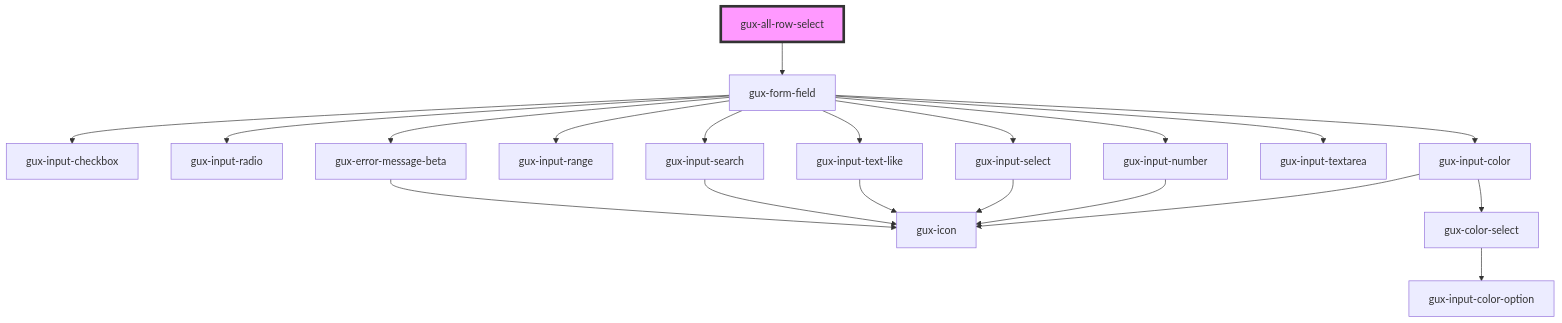
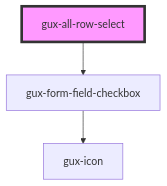
One commit to MyPureCloud/genesys-spark changed the diagram in src/components/beta/gux-table/gux-all-row-select/readme.md. Above: the diagram before and after it, drawn with Mermaid. The commit also changed other lines of this file and 382 other files, not shown here.

First line of the commit message:
feat(gux-form-field): moved gux-form-field to legacy

````diff
--- a/src/components/beta/gux-table/gux-all-row-select/readme.md
+++ b/src/components/beta/gux-table/gux-all-row-select/readme.md
@@ -42,23 +42,6 @@
 ```mermaid
 graph TD;
-  gux-all-row-select --> gux-form-field
-  gux-form-field --> gux-input-checkbox
-  gux-form-field --> gux-input-radio
-  gux-form-field --> gux-input-color
-  gux-form-field --> gux-input-range
-  gux-form-field --> gux-input-number
-  gux-form-field --> gux-input-select
-  gux-form-field --> gux-input-text-like
-  gux-form-field --> gux-input-search
-  gux-form-field --> gux-input-textarea
-  gux-form-field --> gux-error-message-beta
-  gux-input-color --> gux-icon
-  gux-input-color --> gux-color-select
-  gux-color-select --> gux-input-color-option
-  gux-input-number --> gux-icon
-  gux-input-select --> gux-icon
-  gux-input-text-like --> gux-icon
-  gux-input-search --> gux-icon
-  gux-error-message-beta --> gux-icon
+  gux-all-row-select --> gux-form-field-checkbox
+  gux-form-field-checkbox --> gux-icon
   style gux-all-row-select fill:#f9f,stroke:#333,stroke-width:4px
 ```
````
